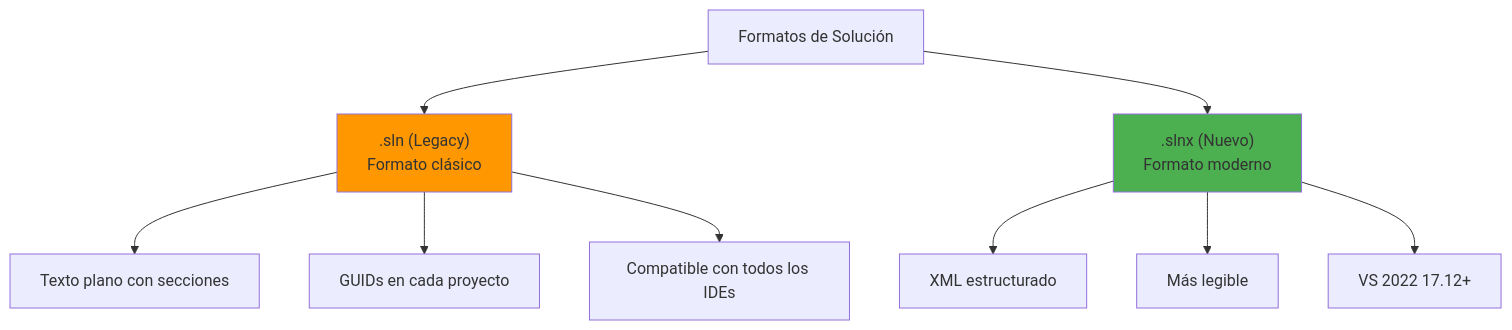
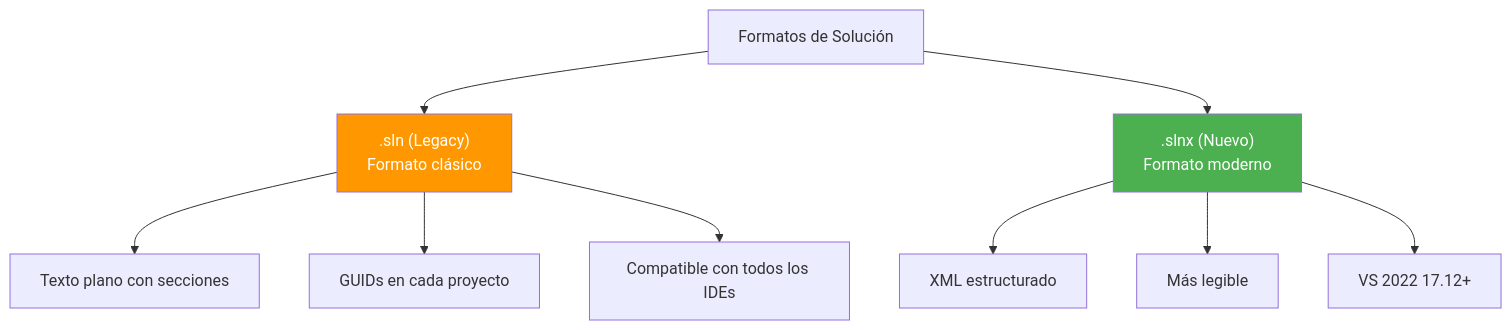
One commit to joseluisgs/DesarrolloWebEntornosServidor-01-2026-2027 changed the third of 13 diagrams in csharp_inicial/02-GestionProyectos.md. Above: the diagram before and after it, drawn with Mermaid. The commit also changed other lines of this file and 66 other files, not shown here.

First line of the commit message:
fix: normalizar titulos al castellano de frase y corregir la paleta de mermaid

````diff
--- a/csharp_inicial/02-GestionProyectos.md
+++ b/csharp_inicial/02-GestionProyectos.md
@@ -121,16 +121,16 @@
 ```mermaid
 flowchart TD
     A["Formatos de Solución"] --> B[".sln (Legacy)<br/>Formato clásico"]
     A --> C[".slnx (Nuevo)<br/>Formato moderno"]
     
     B --> B1["Texto plano con secciones"]
     B --> B2["GUIDs en cada proyecto"]
     B --> B3["Compatible con todos los IDEs"]
     
     C --> C1["XML estructurado"]
     C --> C2["Más legible"]
     C --> C3["VS 2022 17.12+"]
     
-    style B fill:#FF9800
-    style C fill:#4CAF50
+    style B fill:#FF9800,color:#fff
+    style C fill:#4CAF50,color:#fff
 ```
````
